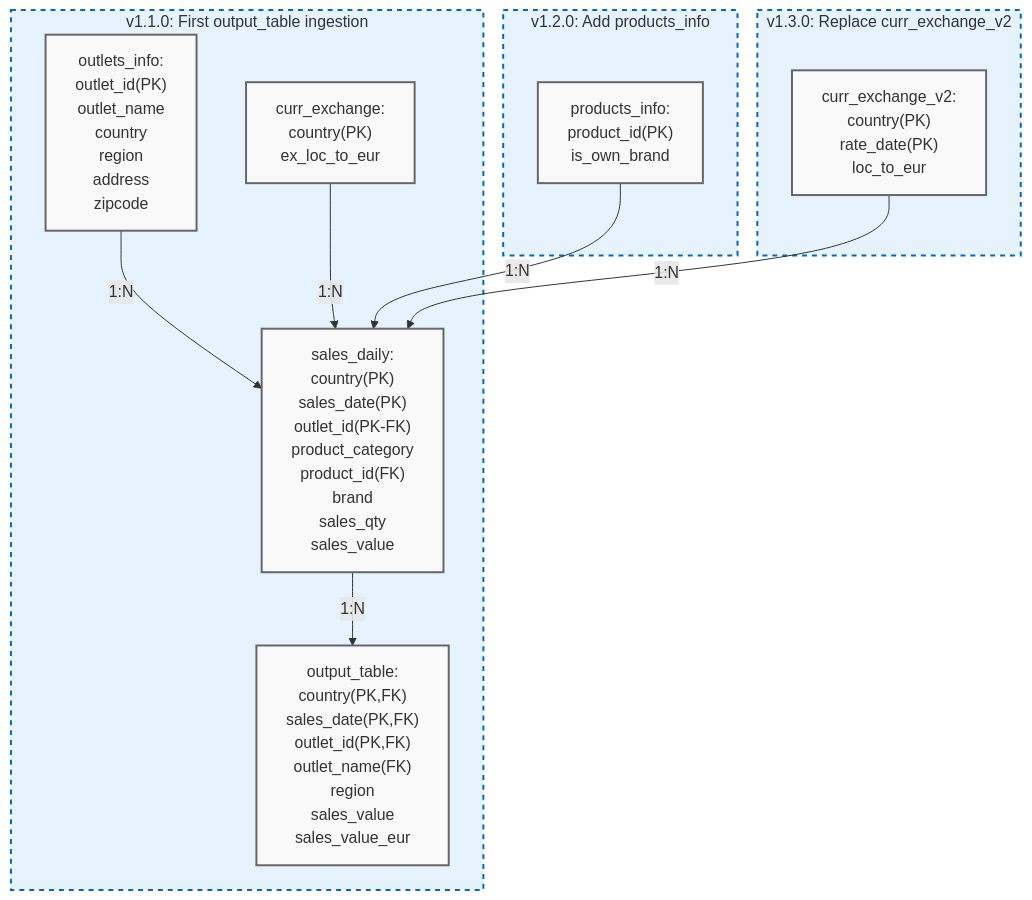
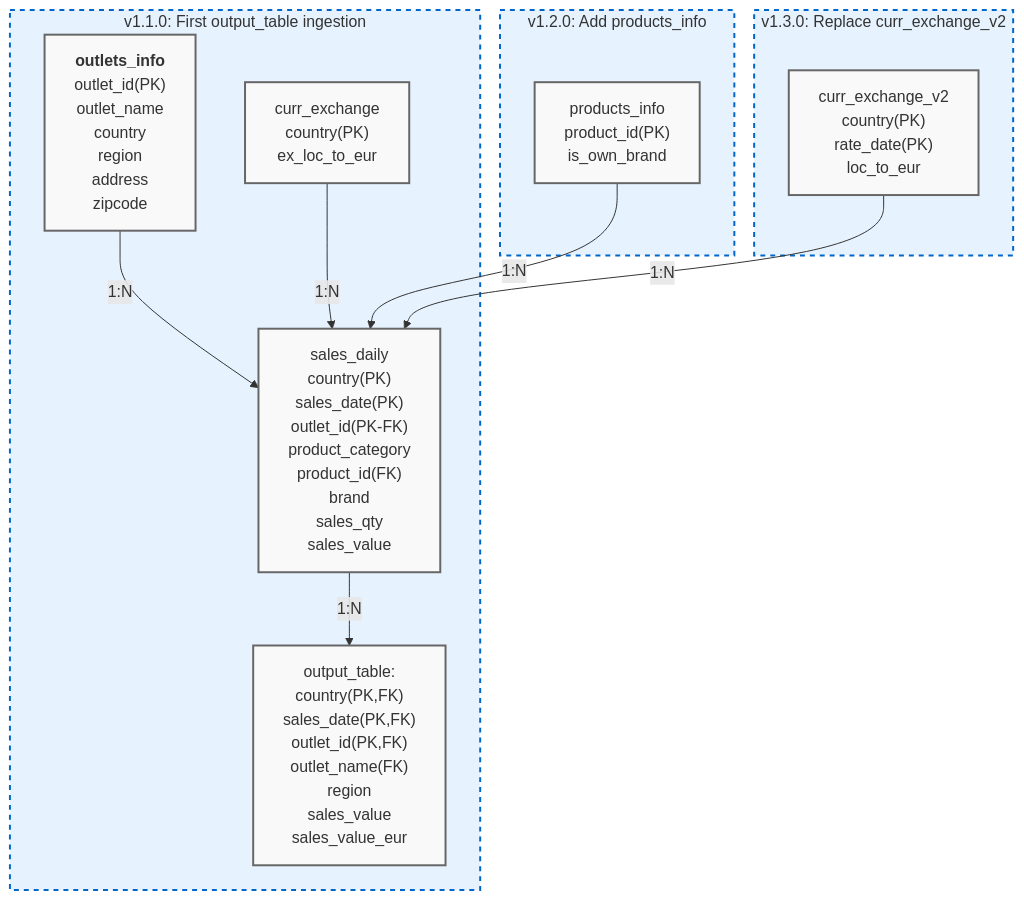
Before and after one commit to juanjoiie/Quality-Engineer-Test: the diagram in test.md, drawn with Mermaid.

````diff
--- a/test.md
+++ b/test.md
@@ -4,61 +4,61 @@
 ```mermaid
 %% MermaidJS Diagram (renders in Markdown-compatible tools)
 flowchart TD
     %% ===== v1.1.0 =====
     subgraph v1_1_0["v1.1.0: First output_table ingestion"]
-        outlets_info["outlets_info:
+        outlets_info["<b>outlets_info</b>
                                     outlet_id(PK)
                                     outlet_name
                                     country
                                     region
                                     address
                                     zipcode"]
-        curr_exchange["curr_exchange:
+        curr_exchange["curr_exchange
                                       country(PK)
                                       ex_loc_to_eur"]
-        sales_daily["sales_daily:
+        sales_daily["sales_daily
                                   country(PK)
                                   sales_date(PK)
                                   outlet_id(PK-FK)
                                   product_category
                                   product_id(FK)
                                   brand
                                   sales_qty
                                   sales_value"]
         output_table["output_table:
                                     country(PK,FK)
                                     sales_date(PK,FK)
                                     outlet_id(PK,FK)
                                     outlet_name(FK)
                                     region
                                     sales_value
                                     sales_value_eur"]
 
         outlets_info -->|1:N| sales_daily
         curr_exchange -->|1:N| sales_daily
         sales_daily -->|1:N| output_table
     end
 
     %% ===== v1.2.0 =====
     subgraph v1_2_0["v1.2.0: Add products_info"]
-        products_info["products_info:
+        products_info["products_info
                                       product_id(PK)
                                       is_own_brand"]
         products_info -->|1:N| sales_daily
     end
 
     %% ===== v1.3.0 =====
     subgraph v1_3_0["v1.3.0: Replace curr_exchange_v2"]
-        curr_exchange_v2["curr_exchange_v2:
+        curr_exchange_v2["curr_exchange_v2
                                             country(PK)
                                             rate_date(PK)
                                             loc_to_eur"]
         curr_exchange_v2 -->|1:N| sales_daily
     end
 
     %% Styling
     classDef entity fill:#f9f9f9,stroke:#666,stroke-width:2px;
     classDef version fill:#e6f3ff,stroke:#0066cc,stroke-width:2px,stroke-dasharray:5;
     class outlets_info,curr_exchange,sales_daily,output_table,products_info,curr_exchange_v2 entity;
     class v1_1_0,v1_2_0,v1_3_0 version;
 ```
````
